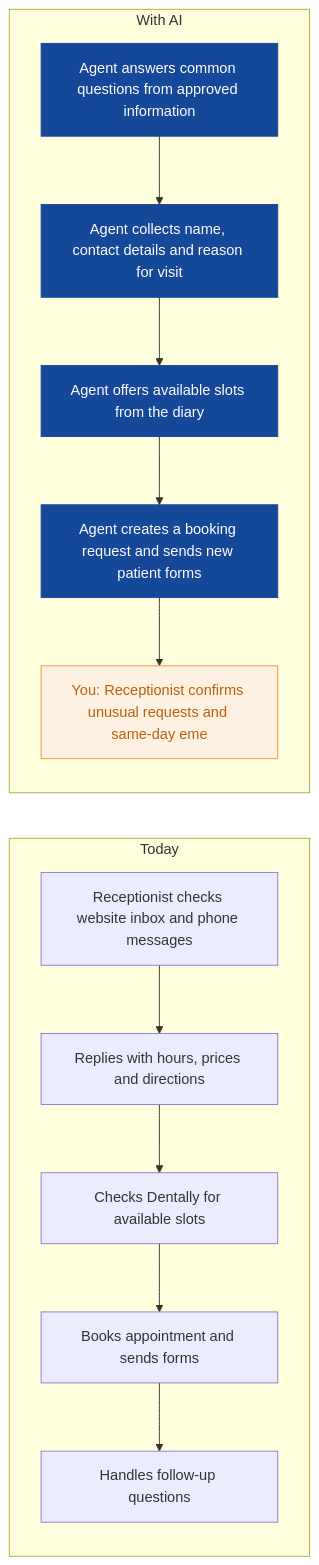
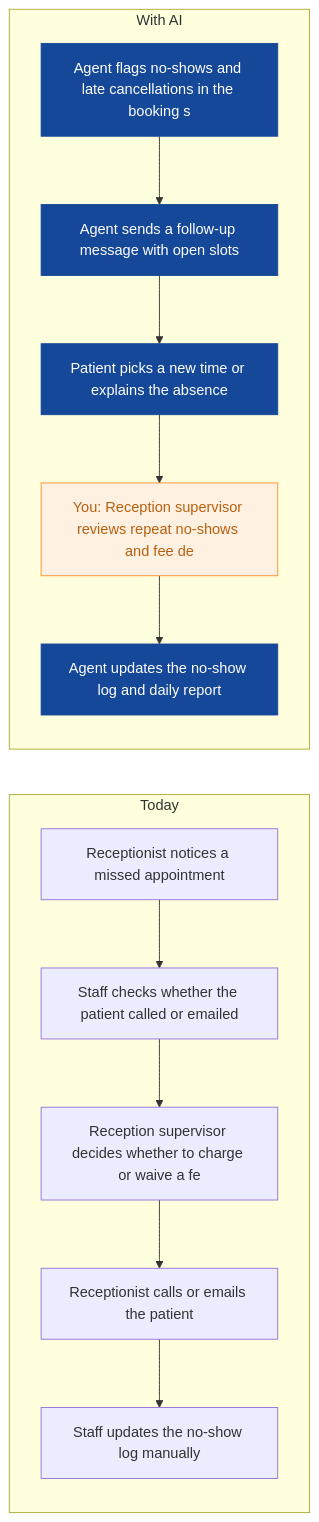
Before and after one commit to nexibeo/Complete-AI-Strategy: the sixth of 9 diagrams in strategies/maple-sage-dental.md, drawn with Mermaid. The commit also changed other lines of this file and 26 other files, not shown here.

````diff
--- a/strategies/maple-sage-dental.md
+++ b/strategies/maple-sage-dental.md
@@ -163,23 +197,23 @@
 ```mermaid
 flowchart LR
   subgraph Today
-    B0["Receptionist checks website inbox and phone messages"]
-    B1["Replies with hours, prices and directions"]
-    B2["Checks Dentally for available slots"]
-    B3["Books appointment and sends forms"]
-    B4["Handles follow-up questions"]
+    B0["Receptionist notices a missed appointment"]
+    B1["Staff checks whether the patient called or emailed"]
+    B2["Reception supervisor decides whether to charge or waive a fe"]
+    B3["Receptionist calls or emails the patient"]
+    B4["Staff updates the no-show log manually"]
     B0 --> B1 --> B2 --> B3 --> B4
   end
   subgraph WithAI[With AI]
-    A0["Agent answers common questions from approved information"]
-    A1["Agent collects name, contact details and reason for visit"]
-    A2["Agent offers available slots from the diary"]
-    A3["Agent creates a booking request and sends new patient forms"]
-    A4["You: Receptionist confirms unusual requests and same-day eme"]
+    A0["Agent flags no-shows and late cancellations in the booking s"]
+    A1["Agent sends a follow-up message with open slots"]
+    A2["Patient picks a new time or explains the absence"]
+    A3["You: Reception supervisor reviews repeat no-shows and fee de"]
+    A4["Agent updates the no-show log and daily report"]
     A0 --> A1 --> A2 --> A3 --> A4
   end
   classDef ai fill:#154899,color:#fff,stroke:#154899
   classDef human fill:#FFF1E2,color:#B8600F,stroke:#F98F2C
-  class A0,A1,A2,A3 ai
-  class A4 human
+  class A0,A1,A2,A4 ai
+  class A3 human
 ```
````
